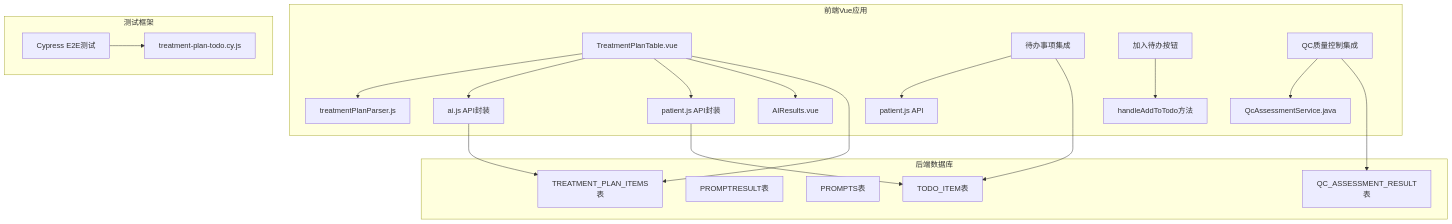
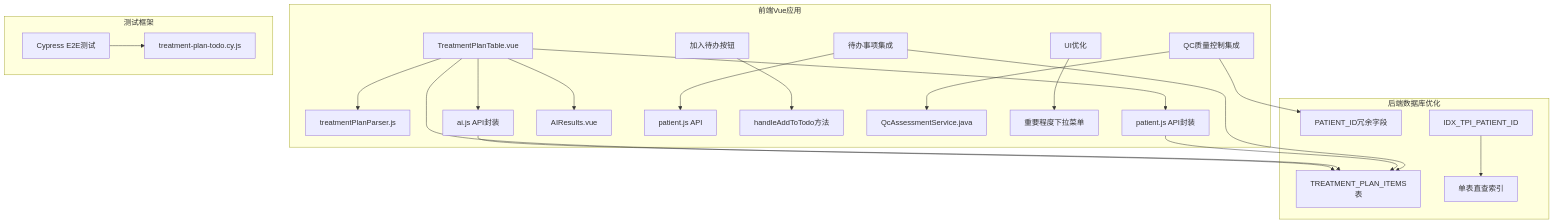
The first of 5 diagrams in .qoder/repowiki/zh/content/核心功能模块/治疗计划表格功能增强.md (liuzh2008/med_ai_assistant_workspace), drawn with Mermaid before and after one commit. The commit also changed other lines of this file and 9 other files, not shown here.

````diff
--- a/.qoder/repowiki/zh/content/核心功能模块/治疗计划表格功能增强.md
+++ b/.qoder/repowiki/zh/content/核心功能模块/治疗计划表格功能增强.md
@@ -64,29 +76,30 @@
 ```mermaid
 graph TB
 subgraph "前端Vue应用"
 A[TreatmentPlanTable.vue] --> B[treatmentPlanParser.js]
 A --> C[ai.js API封装]
 A --> D[patient.js API封装]
 A --> E[AIResults.vue]
 F[待办事项集成] --> G[patient.js API]
 H[加入待办按钮] --> I[handleAddToTodo方法]
 J[QC质量控制集成] --> K[QcAssessmentService.java]
+L[UI优化] --> M[重要程度下拉菜单]
 end
-subgraph "后端数据库"
-L[TREATMENT_PLAN_ITEMS表]
-M[PROMPTRESULT表]
-N[PROMPTS表]
-O[TODO_ITEM表]
-P[QC_ASSESSMENT_RESULT表]
+subgraph "后端数据库优化"
+N[TREATMENT_PLAN_ITEMS表]
+O[PATIENT_ID冗余字段]
+P[单表直查索引]
+Q[IDX_TPI_PATIENT_ID]
 end
 subgraph "测试框架"
-Q[Cypress E2E测试]
-R[treatment-plan-todo.cy.js]
+R[Cypress E2E测试]
+S[treatment-plan-todo.cy.js]
 end
-A --> L
-C --> L
-D --> O
-F --> O
-J --> P
-Q --> R
+A --> N
+C --> N
+D --> N
+F --> N
+J --> O
+Q --> P
+R --> S
 ```
````
